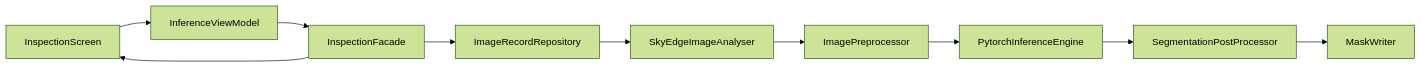
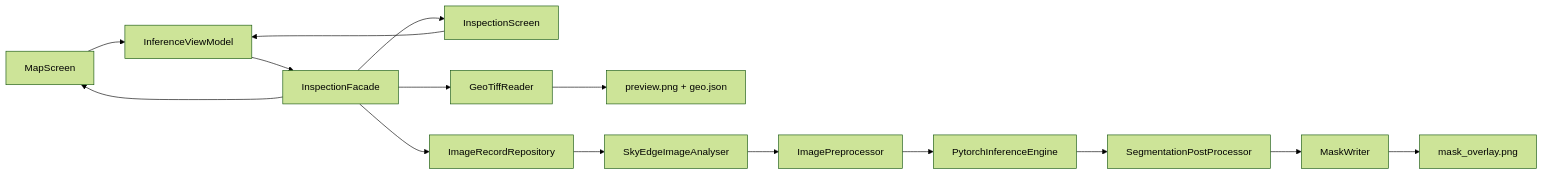
The diagram in README.md (Hshevin/ToyokawaGroup), drawn with Mermaid (forest theme) before and after one commit. The commit also changed other lines of this file and 35 other files, not shown here.

First line of the commit message:
Add AMap satellite map with GeoTIFF overlay and georeferenced mask inference.

````diff
--- a/README.md
+++ b/README.md
@@ -160,12 +188,17 @@
 ```mermaid
 flowchart LR
-  UI[InspectionScreen] --> VM[InferenceViewModel]
+  Map[MapScreen] --> VM[InferenceViewModel]
+  UI[InspectionScreen] --> VM
   VM --> Facade[InspectionFacade]
+  Facade --> Geo[GeoTiffReader]
+  Geo --> Preview[preview.png + geo.json]
   Facade --> Repo[ImageRecordRepository]
   Repo --> Analyser[SkyEdgeImageAnalyser]
   Analyser --> Pre[ImagePreprocessor]
   Pre --> Engine[PytorchInferenceEngine]
   Engine --> Post[SegmentationPostProcessor]
   Post --> Mask[MaskWriter]
+  Mask --> Overlay[mask_overlay.png]
   Facade --> UI
+  Facade --> Map
 ```
````
